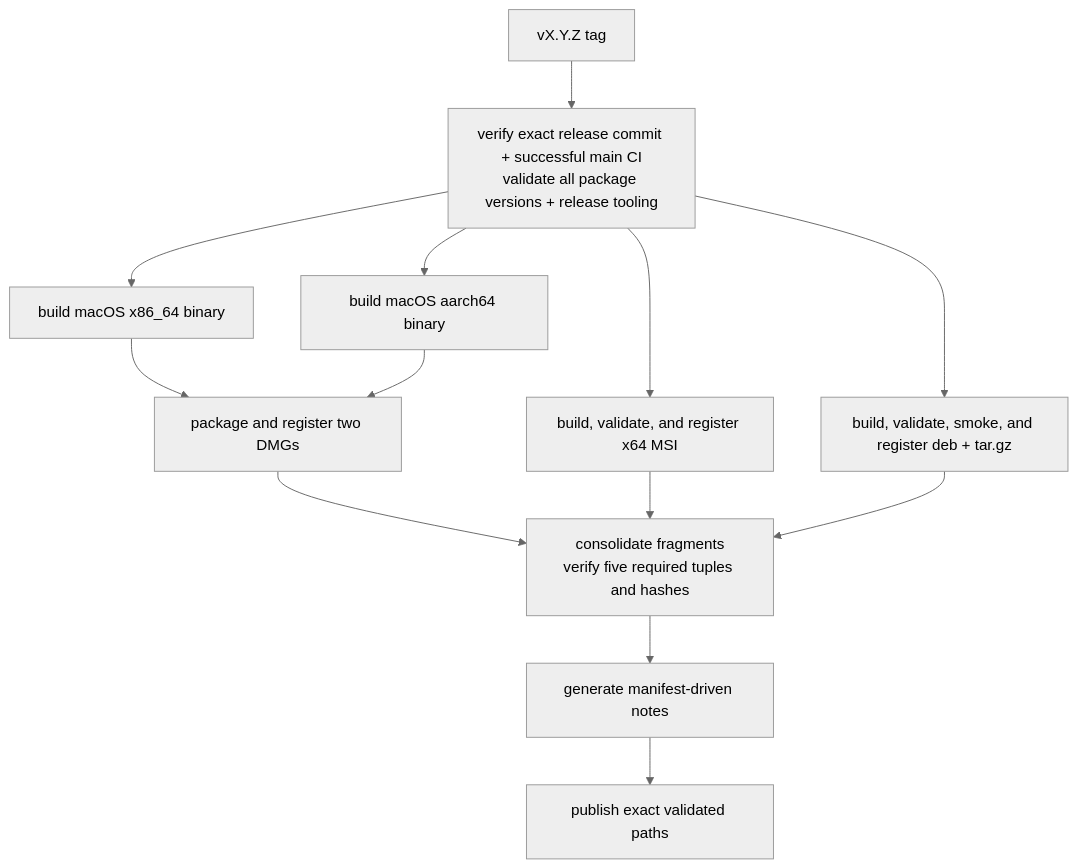
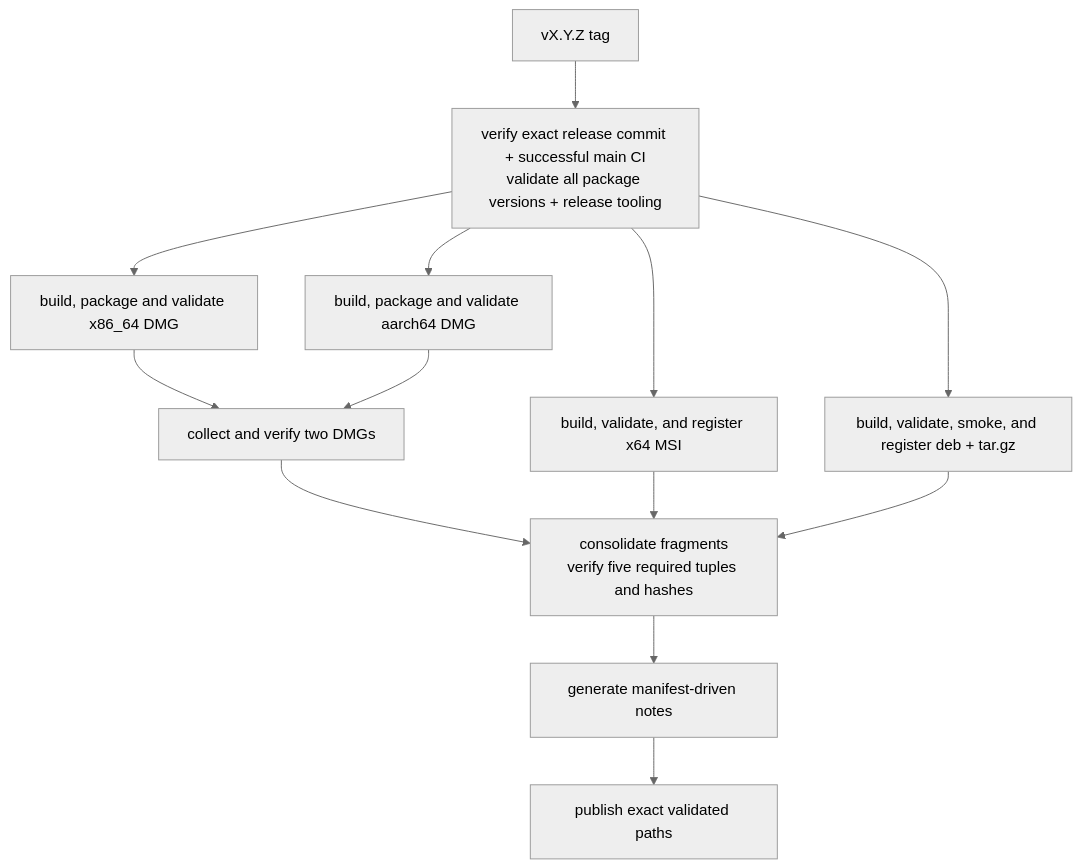
One commit to D0n9X1n/SonicTerm changed the first of 2 diagrams in wiki/Development-and-Release.md. Above: the diagram before and after it, drawn with Mermaid (neutral theme). The commit also changed other lines of this file and 16 other files, not shown here.

````diff
--- a/wiki/Development-and-Release.md
+++ b/wiki/Development-and-Release.md
@@ -401,25 +407,25 @@
 ```mermaid
 flowchart TD
     tag["vX.Y.Z tag"]
     validate["verify exact release commit + successful main CI<br/>validate all package versions + release tooling"]
-    macx["build macOS x86_64 binary"]
-    maca["build macOS aarch64 binary"]
-    dmg["package and register two DMGs"]
+    macx["build, package and validate x86_64 DMG"]
+    maca["build, package and validate aarch64 DMG"]
+    dmg["collect and verify two DMGs"]
     msi["build, validate, and register x64 MSI"]
     linux["build, validate, smoke, and register deb + tar.gz"]
     manifest["consolidate fragments<br/>verify five required tuples and hashes"]
     notes["generate manifest-driven notes"]
     publish["publish exact validated paths"]
 
     tag --> validate
     validate --> macx
     validate --> maca
     validate --> msi
     validate --> linux
     macx --> dmg
     maca --> dmg
     dmg --> manifest
     msi --> manifest
     linux --> manifest
     manifest --> notes --> publish
 ```
````
